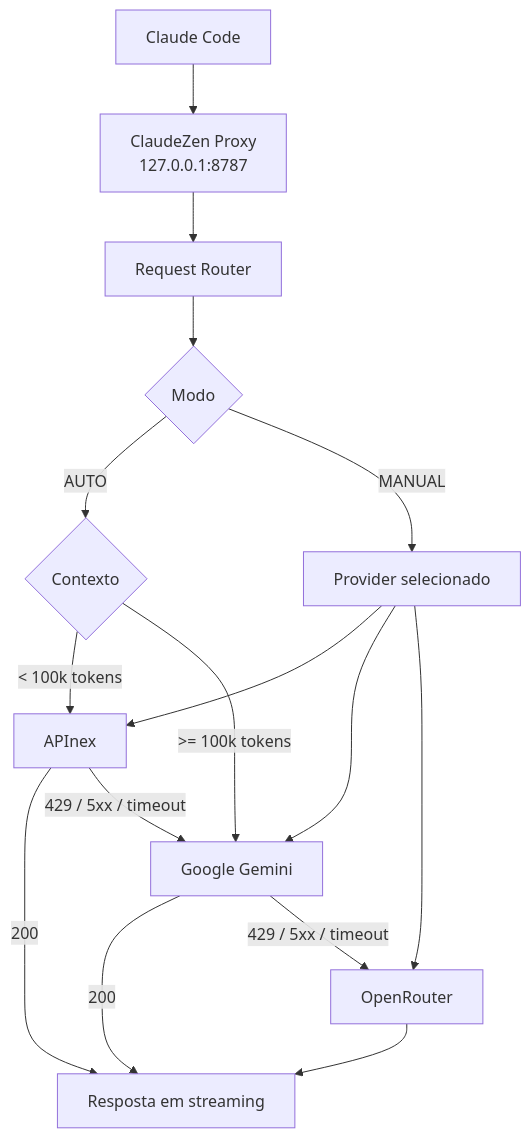
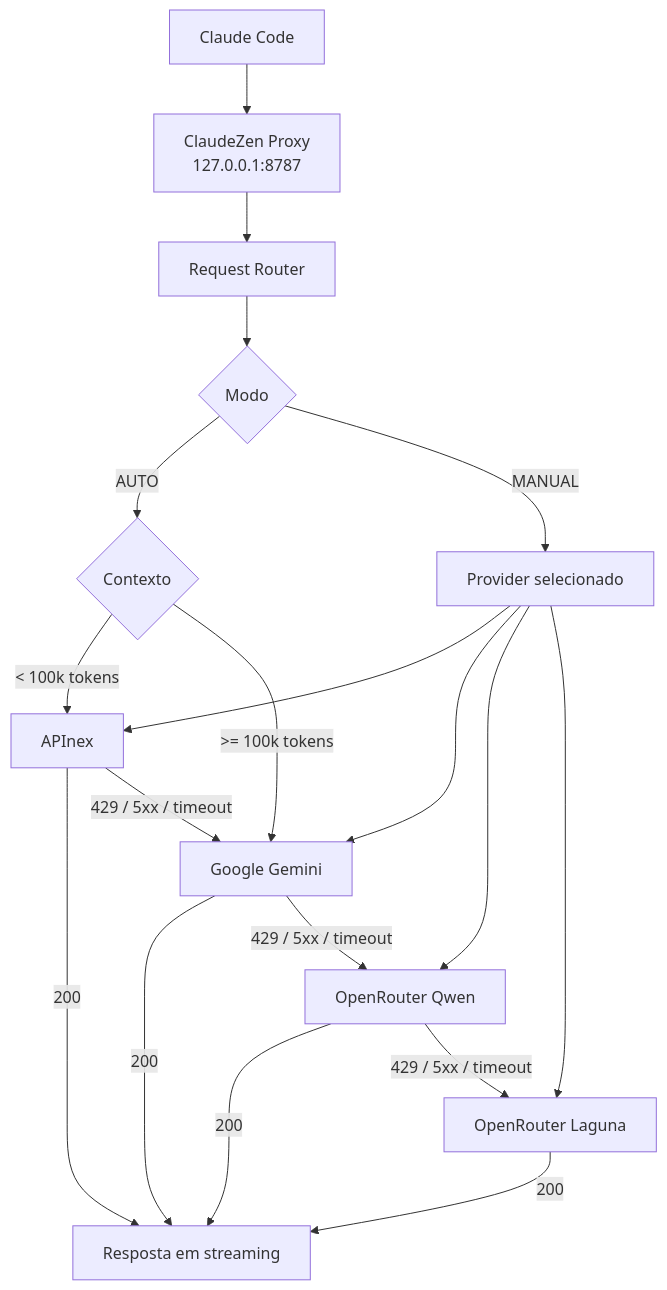
The diagram in README.md (lucazcoding/claude-zen), drawn with Mermaid before and after one commit. The commit also changed other lines of this file and 1 other file, not shown here.

````diff
--- a/README.md
+++ b/README.md
@@ -19,26 +19,28 @@
 ```mermaid
 flowchart TD
     A[Claude Code] --> B[ClaudeZen Proxy<br/>127.0.0.1:8787]
 
     B --> C[Request Router]
 
     C --> D{Modo}
 
     D -->|AUTO| E{Contexto}
     D -->|MANUAL| F[Provider selecionado]
 
     E -->|< 100k tokens| G[APInex]
     E -->|>= 100k tokens| H[Google Gemini]
 
     G -->|200| I[Resposta em streaming]
     H -->|200| I
+    K[OpenRouter Qwen] -->|200| I
+    L[OpenRouter Laguna] -->|200| I
 
     G -->|429 / 5xx / timeout| H
-    H -->|429 / 5xx / timeout| J[OpenRouter]
+    H -->|429 / 5xx / timeout| K
+    K -->|429 / 5xx / timeout| L
 
     F --> G
     F --> H
-    F --> J
-
-    J --> I
+    F --> K
+    F --> L
 ```
````
